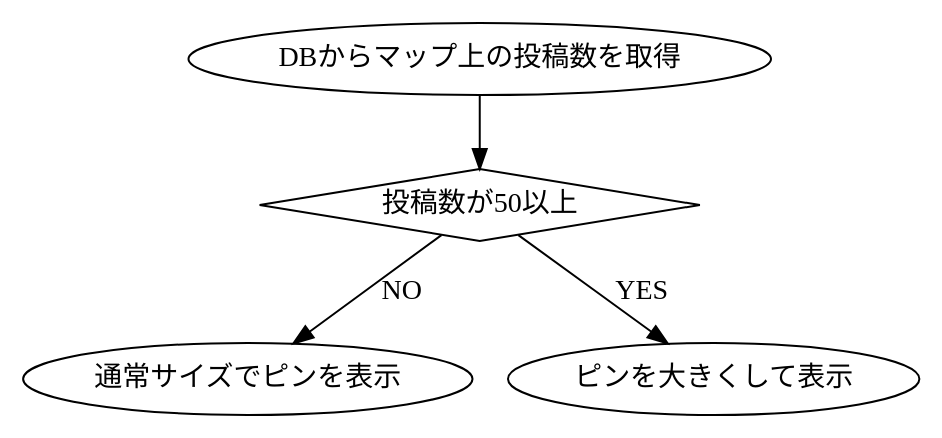
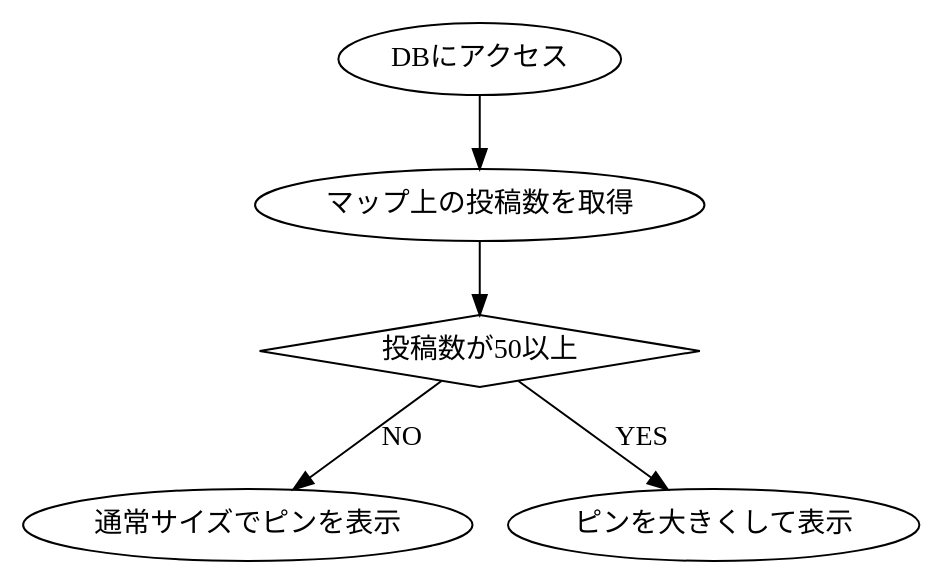
One commit to KUT-Group12/internal_design changed the diagram in dot/marudemaru/UserGetPostNumber.dot. Above: the diagram before and after it, drawn with Graphviz. The commit also changed 26 other files, not shown here.

```diff
--- a/dot/marudemaru/UserGetPostNumber.dot
+++ b/dot/marudemaru/UserGetPostNumber.dot
@@ -1,12 +1,14 @@
 digraph G {
     #include "style.doth"
 
-    get[label = "DBからマップ上の投稿数を取得"]
+    db[label = "DBにアクセス"]
+    get[label = "マップ上の投稿数を取得"]
     judge[label = "投稿数が50以上", shape = diamond]
     no[label = "通常サイズでピンを表示"]
     yes[label = "ピンを大きくして表示"]
 
+    db -> get
     get -> judge
     judge -> no[label = "NO"]
     judge -> yes[label = "YES"]
 }
```
